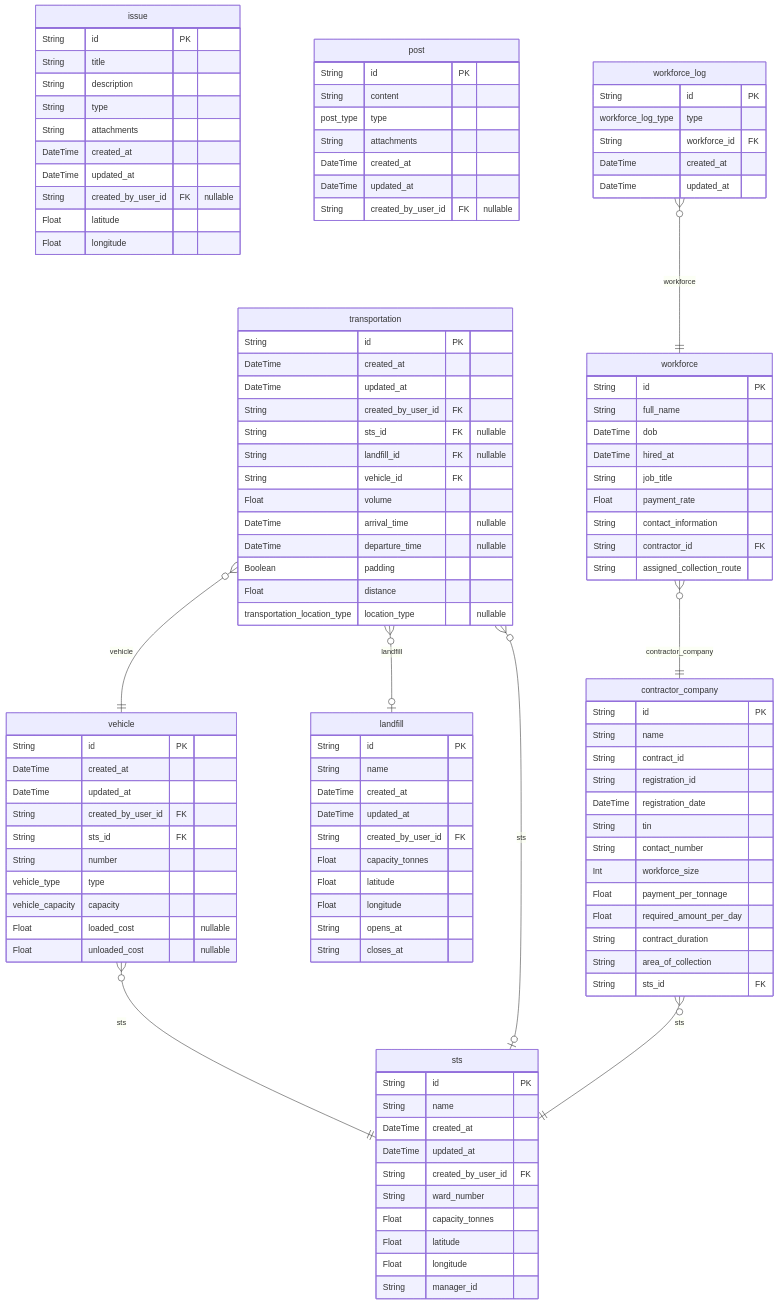
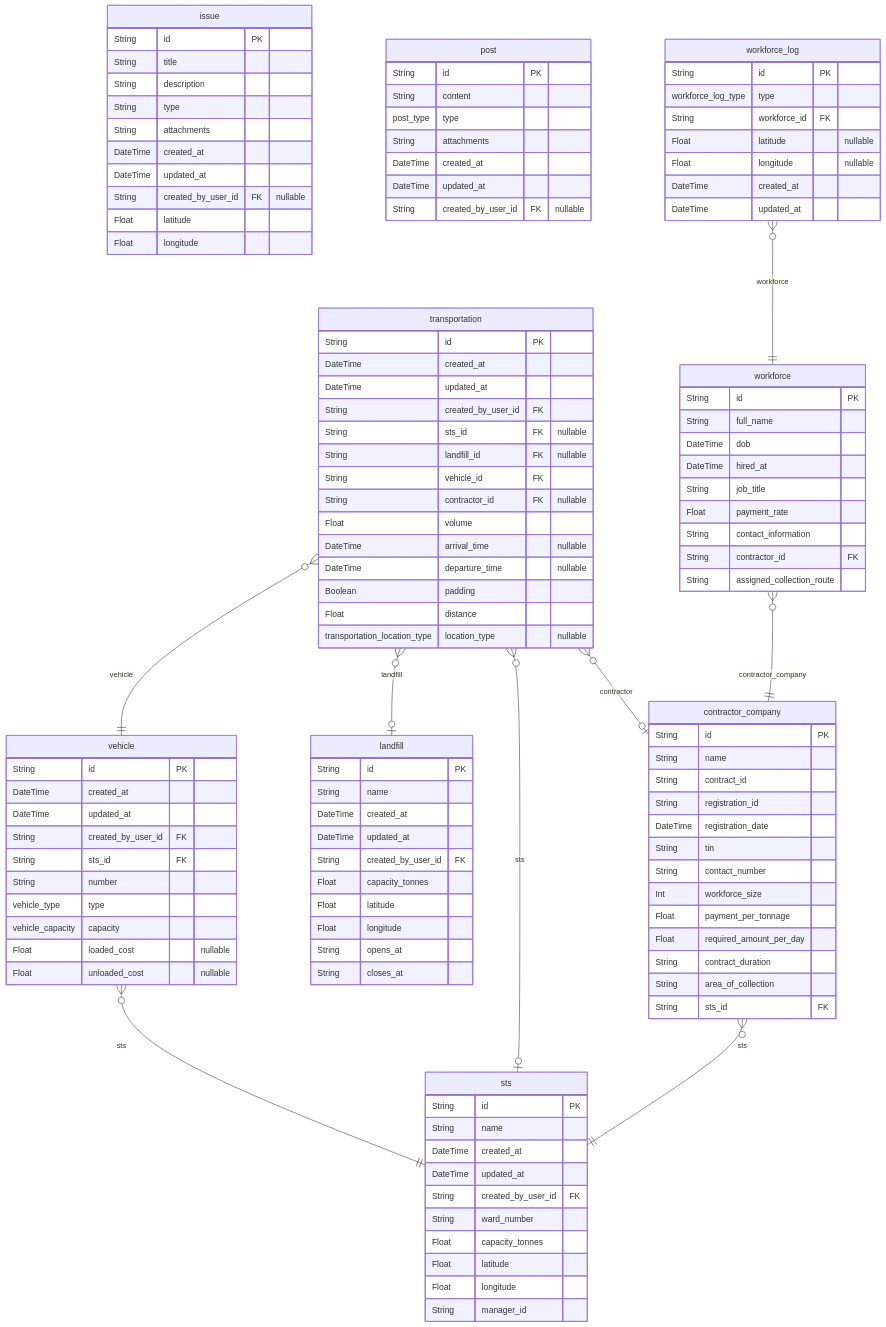
One commit to nurulhudaapon/codesamurai-final changed the third of 3 diagrams in packages/db/README.md. Above: the diagram before and after it, drawn with Mermaid. The commit also changed other lines of this file and 7 other files, not shown here.

Commit message:
wip: progress on contractor company

```diff
--- a/packages/db/README.md
+++ b/packages/db/README.md
@@ -159,6 +159,7 @@
   String sts_id FK "nullable"
   String landfill_id FK "nullable"
   String vehicle_id FK
+  String contractor_id FK "nullable"
   Float volume
   DateTime arrival_time "nullable"
   DateTime departure_time "nullable"
@@ -206,6 +207,8 @@
   String id PK
   workforce_log_type type
   String workforce_id FK
+  Float latitude "nullable"
+  Float longitude "nullable"
   DateTime created_at
   DateTime updated_at
 }
@@ -224,6 +227,7 @@
 "transportation" }o--o| "sts" : sts
 "transportation" }o--o| "landfill" : landfill
 "transportation" }o--|| "vehicle" : vehicle
+"transportation" }o--o| "contractor_company" : contractor
 "contractor_company" }o--|| "sts" : sts
 "workforce_log" }o--|| "workforce" : workforce
 "workforce" }o--|| "contractor_company" : contractor_company
```
